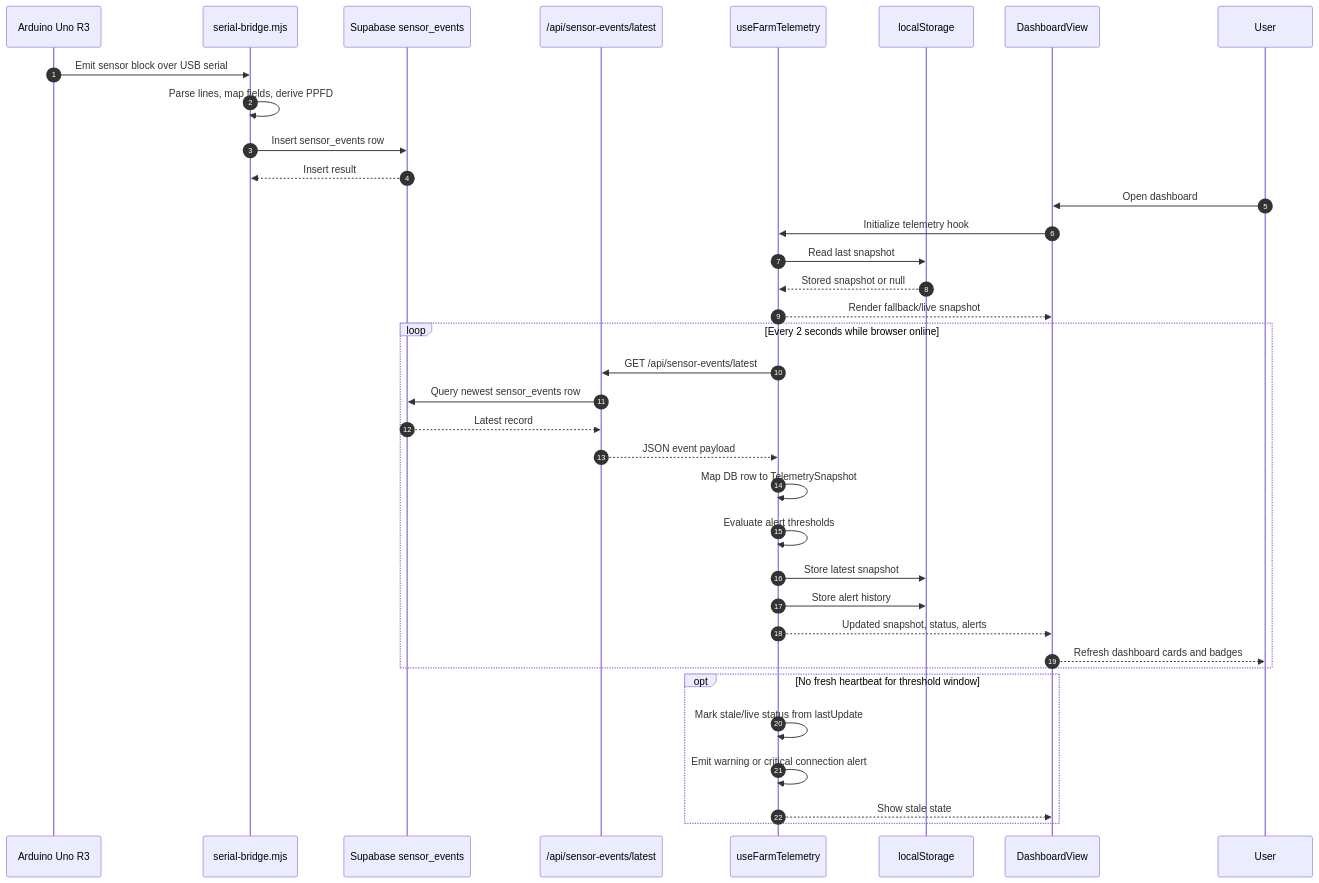
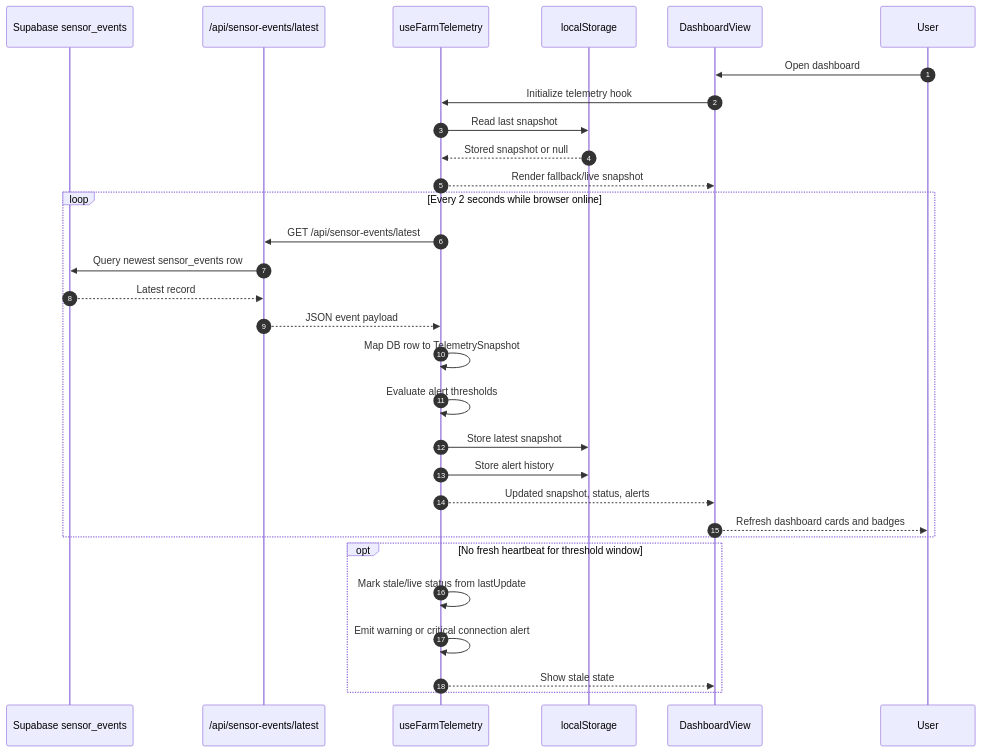
The second of 2 diagrams in web/docs/uml.md (Ca1eb9/verdant-os), drawn with Mermaid before and after one commit. The commit also changed other lines of this file and 23 other files, not shown here.

````diff
--- a/web/docs/uml.md
+++ b/web/docs/uml.md
@@ -103,42 +100,35 @@
 ```mermaid
 sequenceDiagram
     autonumber
-    participant A as Arduino Uno R3
-    participant B as serial-bridge.mjs
     participant D as Supabase sensor_events
     participant R as /api/sensor-events/latest
     participant H as useFarmTelemetry
     participant L as localStorage
     participant V as DashboardView
     participant U as User
-
-    A->>B: Emit sensor block over USB serial
-    B->>B: Parse lines, map fields, derive PPFD
-    B->>D: Insert sensor_events row
-    D-->>B: Insert result
 
     U->>V: Open dashboard
     V->>H: Initialize telemetry hook
     H->>L: Read last snapshot
     L-->>H: Stored snapshot or null
     H-->>V: Render fallback/live snapshot
 
     loop Every 2 seconds while browser online
         H->>R: GET /api/sensor-events/latest
         R->>D: Query newest sensor_events row
         D-->>R: Latest record
         R-->>H: JSON event payload
         H->>H: Map DB row to TelemetrySnapshot
         H->>H: Evaluate alert thresholds
         H->>L: Store latest snapshot
         H->>L: Store alert history
         H-->>V: Updated snapshot, status, alerts
         V-->>U: Refresh dashboard cards and badges
     end
 
     opt No fresh heartbeat for threshold window
         H->>H: Mark stale/live status from lastUpdate
         H->>H: Emit warning or critical connection alert
         H-->>V: Show stale state
     end
 ```
````
